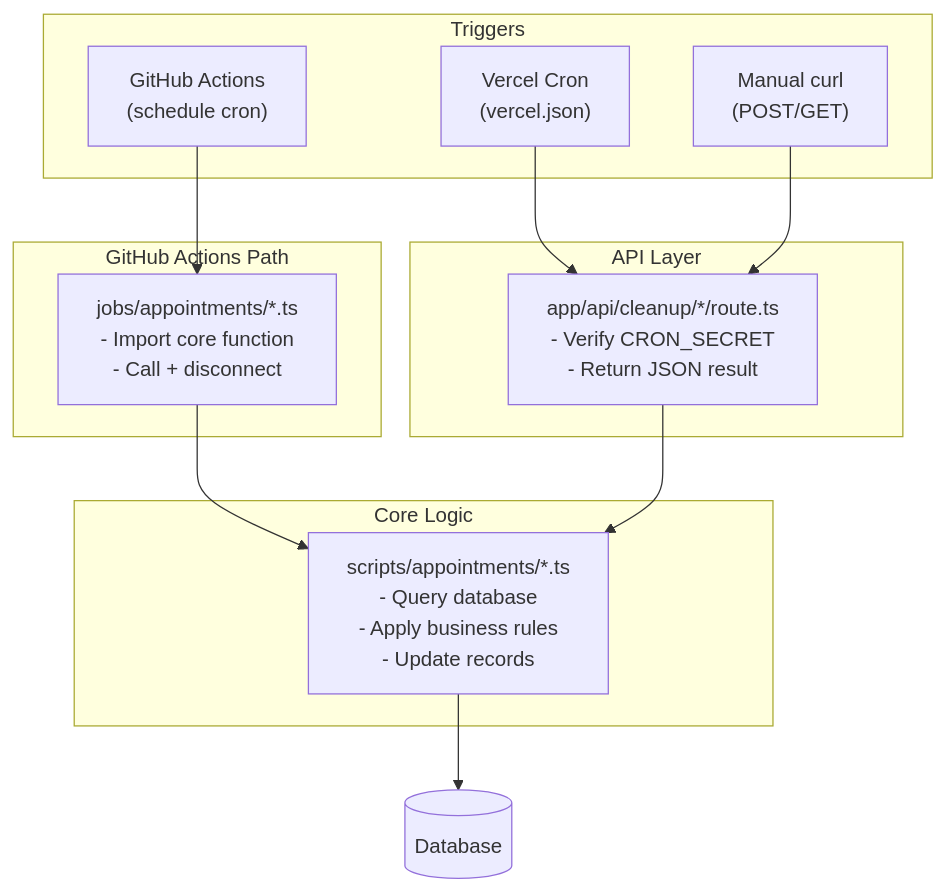
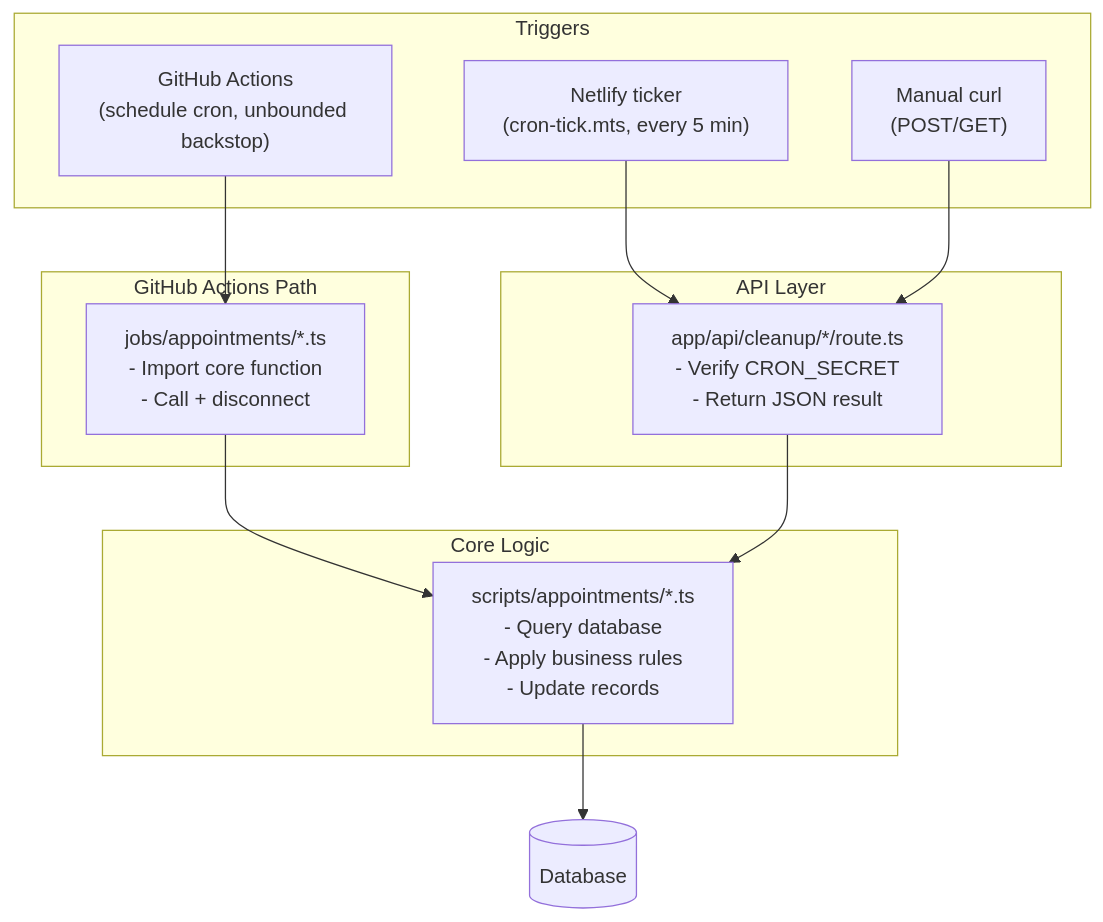
Before and after one commit to Practitionist/familiarise_web: the diagram in docs/booking/13-cron-jobs-and-background-tasks.md, drawn with Mermaid. The commit also changed other lines of this file and 13 other files, not shown here.

Commit message:
docs(booking): the 2026-09-19 Muse Spark sweep — cron table, ticker cadence, retired sweep, state-machine inventory, pay-link GST parity ADR, engineering log

````diff
--- a/docs/booking/13-cron-jobs-and-background-tasks.md
+++ b/docs/booking/13-cron-jobs-and-background-tasks.md
@@ -288,27 +306,27 @@
 ```mermaid
 flowchart TD
     subgraph Triggers
-        GHA["GitHub Actions<br/>(schedule cron)"]
-        VCRON["Vercel Cron<br/>(vercel.json)"]
+        GHA["GitHub Actions<br/>(schedule cron, unbounded backstop)"]
+        TICK["Netlify ticker<br/>(cron-tick.mts, every 5 min)"]
         MANUAL["Manual curl<br/>(POST/GET)"]
     end
 
     subgraph "API Layer"
         ROUTE["app/api/cleanup/*/route.ts<br/>- Verify CRON_SECRET<br/>- Return JSON result"]
     end
 
     subgraph "Core Logic"
         SCRIPT["scripts/appointments/*.ts<br/>- Query database<br/>- Apply business rules<br/>- Update records"]
     end
 
     subgraph "GitHub Actions Path"
         JOB["jobs/appointments/*.ts<br/>- Import core function<br/>- Call + disconnect"]
     end
 
     GHA --> JOB
-    VCRON --> ROUTE
+    TICK --> ROUTE
     MANUAL --> ROUTE
     JOB --> SCRIPT
     ROUTE --> SCRIPT
     SCRIPT --> DB[(Database)]
 ```
````
